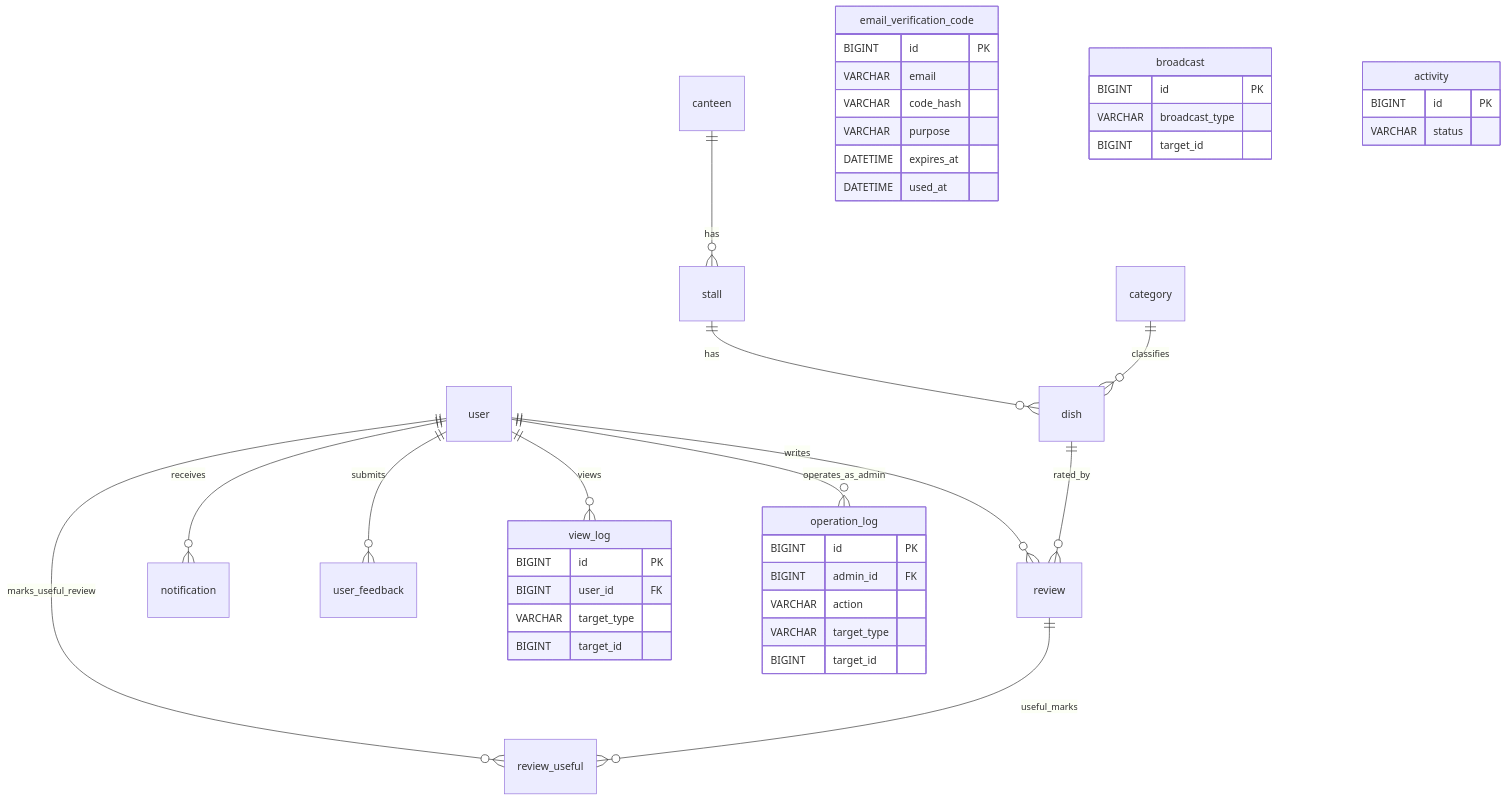
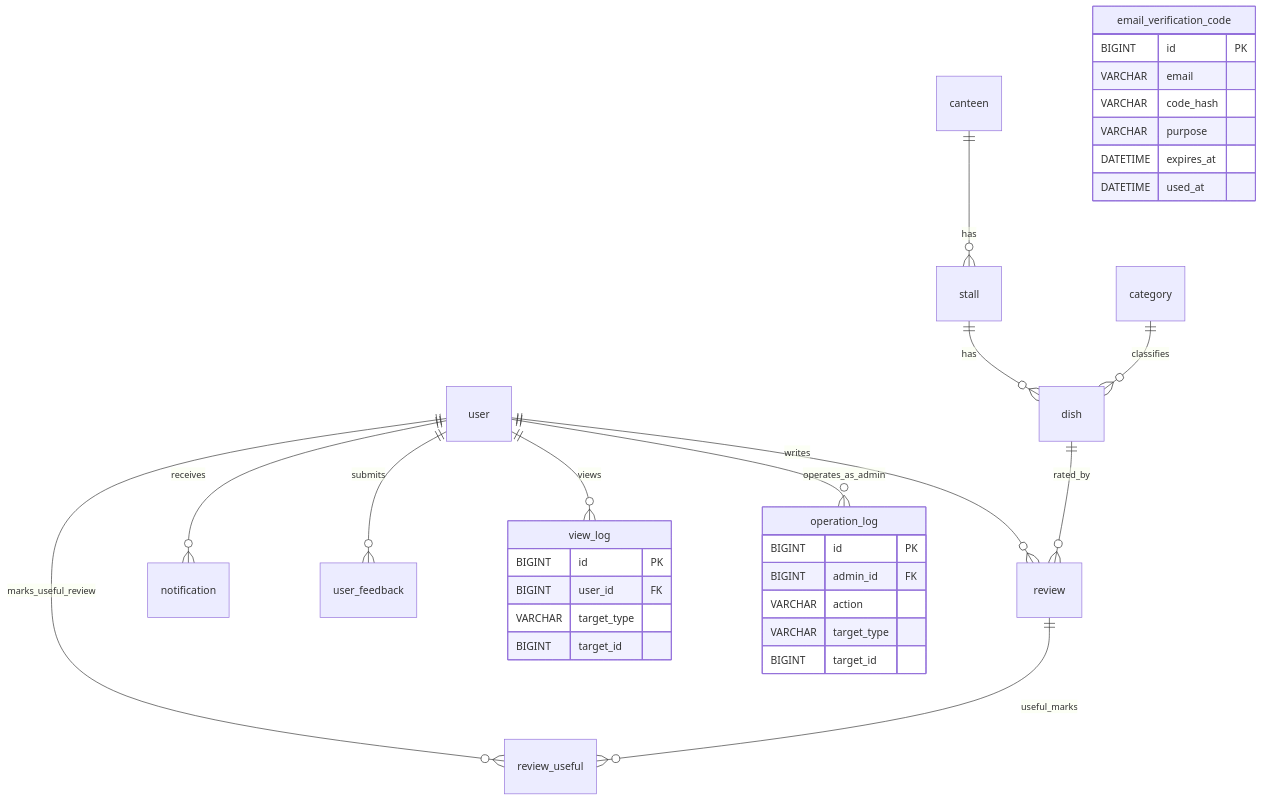
One commit to jolly326/bjtu_food changed the diagram in docs/database.md. Above: the diagram before and after it, drawn with Mermaid. The commit also changed other lines of this file and 48 other files, not shown here.

````diff
--- a/docs/database.md
+++ b/docs/database.md
@@ -276,46 +249,37 @@
 ```mermaid
 erDiagram
     user ||--o{ review : "writes"
     user ||--o{ notification : "receives"
     user ||--o{ user_feedback : "submits"
     user ||--o{ view_log : "views"
     user ||--o{ operation_log : "operates_as_admin"
     user ||--o{ review_useful : "marks_useful_review"
 
     canteen ||--o{ stall : "has"
     stall ||--o{ dish : "has"
     category ||--o{ dish : "classifies"
     dish ||--o{ review : "rated_by"
     review ||--o{ review_useful : "useful_marks"
 
     email_verification_code {
         BIGINT id PK
         VARCHAR email
         VARCHAR code_hash
         VARCHAR purpose
         DATETIME expires_at
         DATETIME used_at
     }
     view_log {
         BIGINT id PK
         BIGINT user_id FK
         VARCHAR target_type
         BIGINT target_id
     }
     operation_log {
         BIGINT id PK
         BIGINT admin_id FK
         VARCHAR action
         VARCHAR target_type
         BIGINT target_id
     }
-    broadcast {
-        BIGINT id PK
-        VARCHAR broadcast_type
-        BIGINT target_id
-    }
-    activity {
-        BIGINT id PK
-        VARCHAR status
-    }
 ```
````
